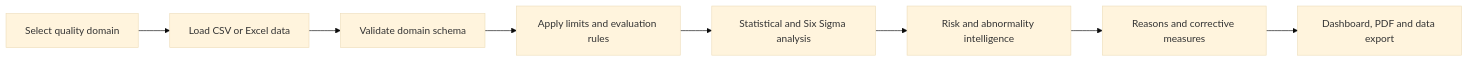
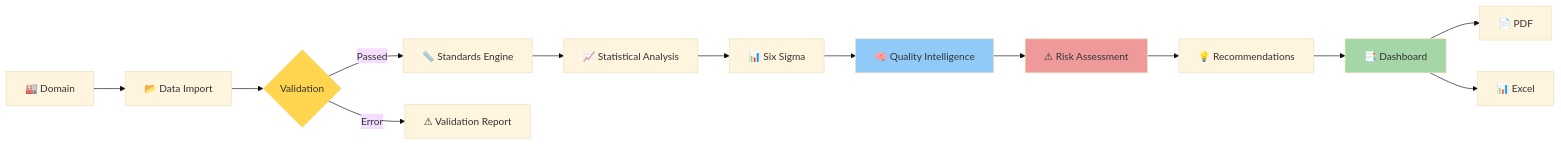
Before and after one commit to Janicebenita/DQIP-Digital-Quality-Intelligence-Platform: the first of 2 diagrams in README.md, drawn with Mermaid (base theme).

Commit message:
Update DQIP system workflow diagram

````diff
--- a/README.md
+++ b/README.md
@@ -203,10 +203,32 @@
 ```mermaid
 flowchart LR
-    A[Select quality domain] --> B[Load CSV or Excel data]
-    B --> C[Validate domain schema]
-    C --> D[Apply limits and evaluation rules]
-    D --> E[Statistical and Six Sigma analysis]
-    E --> F[Risk and abnormality intelligence]
-    F --> G[Reasons and corrective measures]
-    G --> H[Dashboard, PDF and data export]
+
+A["🏭 Domain"] --> B["📂 Data Import"]
+
+B --> C{"Validation"}
+
+C -->|Passed| D["📏 Standards Engine"]
+
+C -->|Error| X["⚠ Validation Report"]
+
+D --> E["📈 Statistical Analysis"]
+
+E --> F["📊 Six Sigma"]
+
+F --> G["🧠 Quality Intelligence"]
+
+G --> H["⚠ Risk Assessment"]
+
+H --> I["💡 Recommendations"]
+
+I --> J["📑 Dashboard"]
+
+J --> K["📄 PDF"]
+
+J --> L["📊 Excel"]
+
+style C fill:#FFD54F
+style G fill:#90CAF9
+style H fill:#EF9A9A
+style J fill:#A5D6A7
 ```
````
